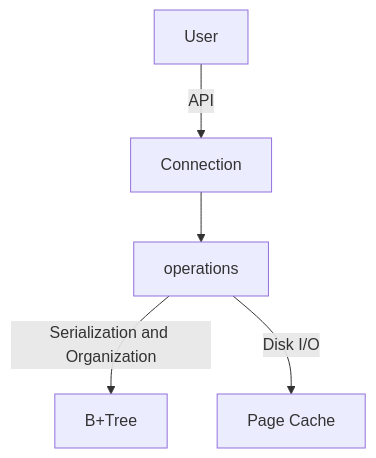
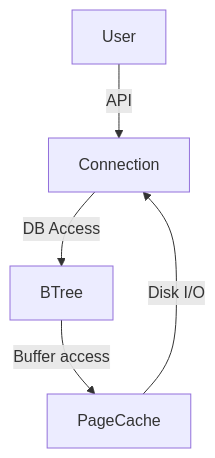
One commit to GabrielNakamoto/tinystore changed the diagram in README.md. Above: the diagram before and after it, drawn with Mermaid. The commit also changed other lines of this file, not shown here.

````diff
--- a/README.md
+++ b/README.md
@@ -9,7 +11,7 @@
 ```mermaid
 flowchart TD
     User -- API --> Connection
-    Connection --> ops[operations]
-    ops -- Serialization and Organization --> B+Tree
-    ops -- Disk I/O --> page_cache[Page Cache]
+    Connection -- DB Access --> bt[BTree]
+    bt -- Buffer access --> PageCache
+    PageCache -- Disk I/O --> Connection
 ```
````
